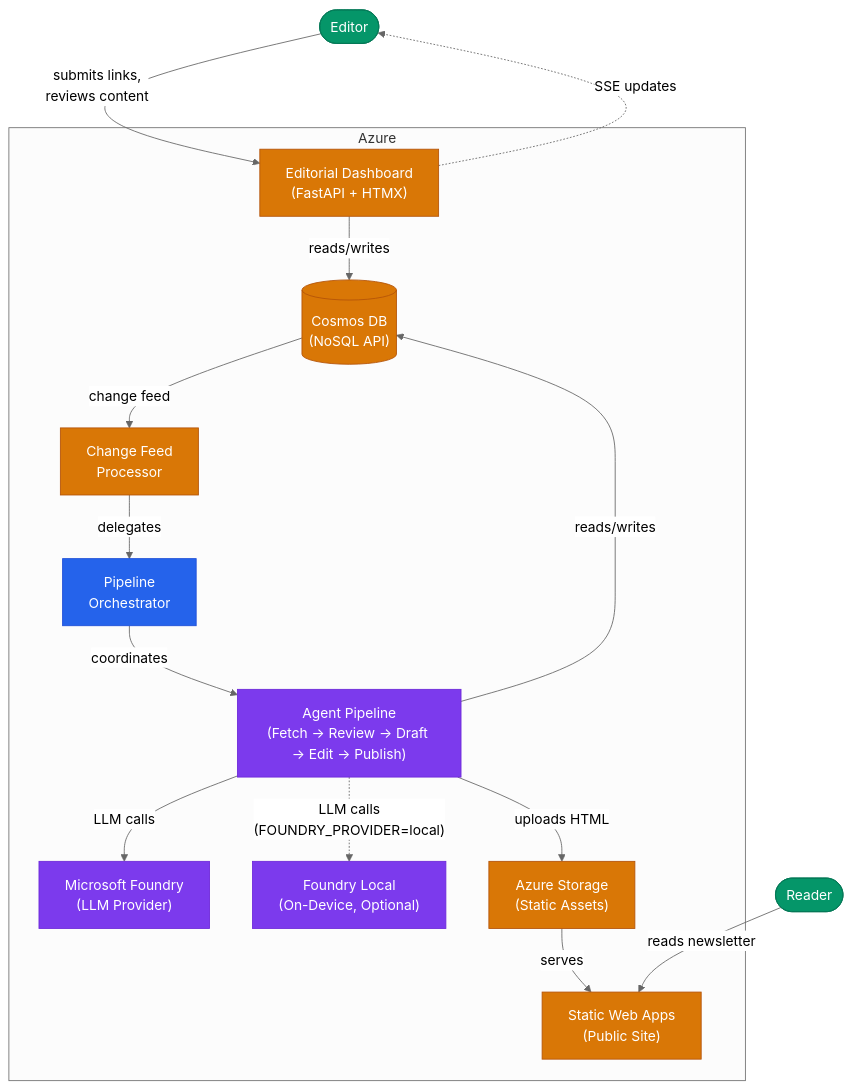
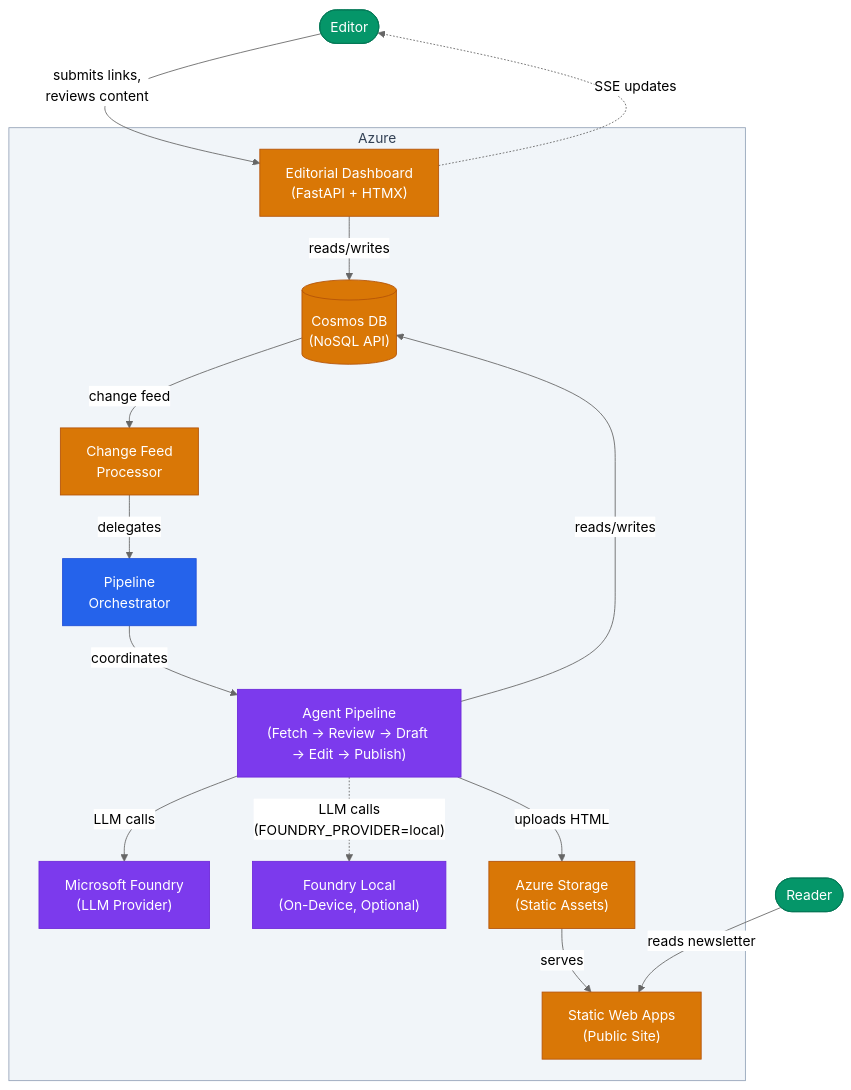
Before and after one commit to ljtill/agent-stack: the first of 5 diagrams in docs/ARCHITECTURE.md, drawn with Mermaid (neutral theme). The commit also changed other lines of this file and 1 other file, not shown here.

````diff
--- a/docs/ARCHITECTURE.md
+++ b/docs/ARCHITECTURE.md
@@ -9,40 +9,42 @@
 ```mermaid
 graph TB
     Editor([Editor])
     Reader([Reader])
 
     subgraph Azure["Azure"]
         Dashboard["Editorial Dashboard<br/>(FastAPI + HTMX)"]
         CosmosDB[("Cosmos DB<br/>(NoSQL API)")]
         ChangeFeed["Change Feed<br/>Processor"]
         Orchestrator["Pipeline<br/>Orchestrator"]
         Agents["Agent Pipeline<br/>(Fetch → Review → Draft → Edit → Publish)"]
         LLM["Microsoft Foundry<br/>(LLM Provider)"]
         LocalLLM["Foundry Local<br/>(On-Device, Optional)"]
         Storage["Azure Storage<br/>(Static Assets)"]
         StaticSite["Static Web Apps<br/>(Public Site)"]
     end
 
     Editor -->|submits links,<br/>reviews content| Dashboard
     Dashboard -->|reads/writes| CosmosDB
     CosmosDB -->|change feed| ChangeFeed
     ChangeFeed -->|delegates| Orchestrator
     Orchestrator -->|coordinates| Agents
     Agents -->|LLM calls| LLM
     Agents -.->|"LLM calls<br/>(FOUNDRY_PROVIDER=local)"| LocalLLM
     Agents -->|reads/writes| CosmosDB
     Agents -->|uploads HTML| Storage
     Storage -->|serves| StaticSite
     Reader -->|reads newsletter| StaticSite
     Dashboard -.->|SSE updates| Editor
 
     classDef outer fill:#2563eb,stroke:#1d4ed8,color:#fff
     classDef inner fill:#7c3aed,stroke:#6d28d9,color:#fff
     classDef infra fill:#d97706,stroke:#b45309,color:#fff
     classDef human fill:#059669,stroke:#047857,color:#fff
 
     class Orchestrator outer
     class Agents,LLM,LocalLLM inner
     class Dashboard,CosmosDB,ChangeFeed,Storage,StaticSite infra
     class Editor,Reader human
+
+    style Azure fill:#f1f5f9,stroke:#94a3b8,color:#334155
 ```
````
